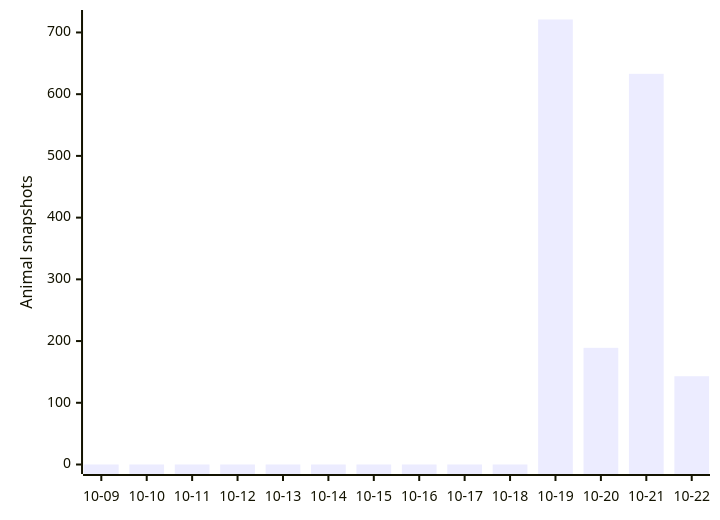
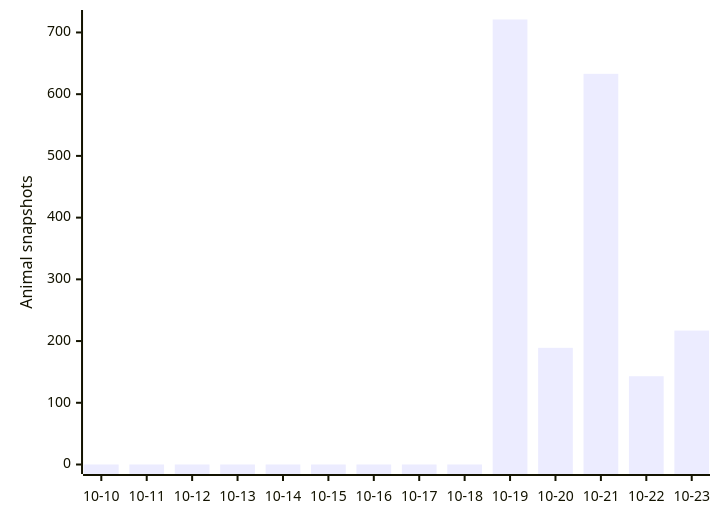
The first of 3 diagrams in README.md (joshuafrommeyer-35/PierTracker), drawn with Mermaid before and after one commit. The commit also changed other lines of this file and 7 other files, not shown here.

````diff
--- a/README.md
+++ b/README.md
@@ -137,6 +138,6 @@
 ```mermaid
 xychart-beta
-    x-axis ["10-09", "10-10", "10-11", "10-12", "10-13", "10-14", "10-15", "10-16", "10-17", "10-18", "10-19", "10-20", "10-21", "10-22"]
+    x-axis ["10-10", "10-11", "10-12", "10-13", "10-14", "10-15", "10-16", "10-17", "10-18", "10-19", "10-20", "10-21", "10-22", "10-23"]
     y-axis "Animal snapshots"
-    bar [0, 0, 0, 0, 0, 0, 0, 0, 0, 0, 721, 189, 633, 143]
+    bar [0, 0, 0, 0, 0, 0, 0, 0, 0, 721, 189, 633, 143, 217]
 ```
````
